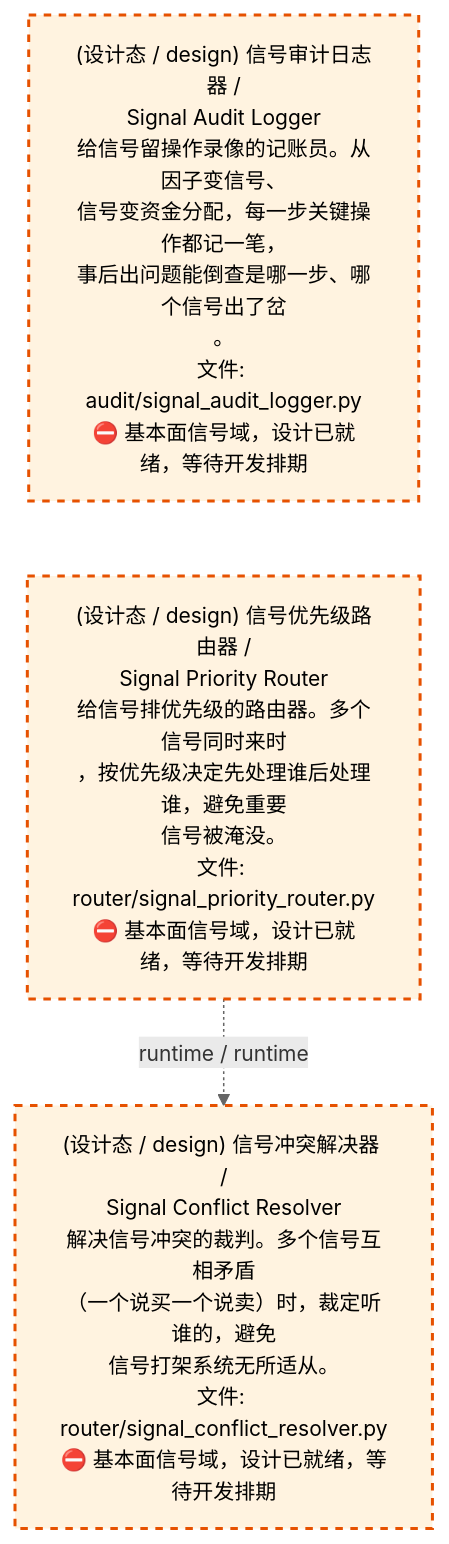
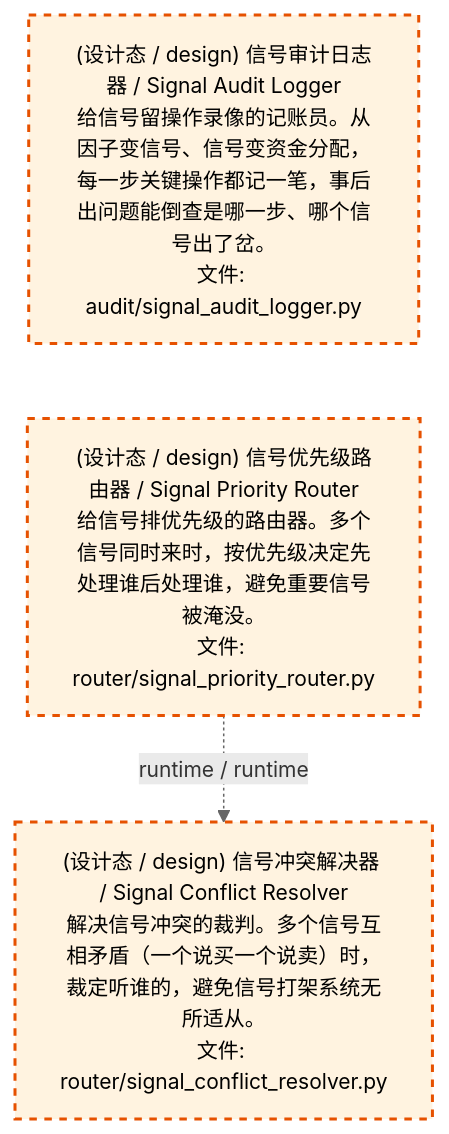
Before and after one commit to xuanFelixVan/ZephyrAlpha: the third of 4 diagrams in docs/02_enterprise_architecture/02_domain_architecture_docs/48_d_fundamental_signal.md, drawn with Mermaid. The commit also changed other lines of this file and 71 other files, not shown here.

````diff
--- a/docs/02_enterprise_architecture/02_domain_architecture_docs/48_d_fundamental_signal.md
+++ b/docs/02_enterprise_architecture/02_domain_architecture_docs/48_d_fundamental_signal.md
@@ -160,14 +160,14 @@
 ```mermaid
 %%{init: {'theme': 'base', 'themeVariables': {'primaryColor': '#eaeaea', 'primaryTextColor': '#333333', 'primaryBorderColor': '#666666', 'lineColor': '#666666', 'secondaryColor': '#eaeaea', 'tertiaryColor': '#eaeaea', 'fontSize': '14px'}}}%%
 flowchart TD
-    src_zephyr_signal_fundamental_audit_signal_audit_logger_py["(设计态 / design) 信号审计日志器 /<br/>Signal Audit Logger<br/>给信号留操作录像的记账员。从因子变信号、<br/>信号变资金分配，每一步关键操作都记一笔，<br/>事后出问题能倒查是哪一步、哪个信号出了岔<br/>。<br/>文件: audit/signal_audit_logger.py<br/>⛔ 基本面信号域，设计已就绪，等待开发排期"]
-    src_zephyr_signal_fundamental_router_signal_priority_router_py["(设计态 / design) 信号优先级路由器 /<br/>Signal Priority Router<br/>给信号排优先级的路由器。多个信号同时来时<br/>，按优先级决定先处理谁后处理谁，避免重要<br/>信号被淹没。<br/>文件: router/signal_priority_router.py<br/>⛔ 基本面信号域，设计已就绪，等待开发排期"]
+    src_zephyr_signal_fundamental_audit_signal_audit_logger_py["(设计态 / design) 信号审计日志器 / Signal Audit Logger<br/>给信号留操作录像的记账员。从因子变信号、信号变资金分配，每一步关键操作都记一笔，事后出问题能倒查是哪一步、哪个信号出了岔。<br/>文件: audit/signal_audit_logger.py"]
+    src_zephyr_signal_fundamental_router_signal_priority_router_py["(设计态 / design) 信号优先级路由器 / Signal Priority Router<br/>给信号排优先级的路由器。多个信号同时来时，按优先级决定先处理谁后处理谁，避免重要信号被淹没。<br/>文件: router/signal_priority_router.py"]
     src_zephyr_signal_fundamental_audit_signal_audit_logger_py ~~~ src_zephyr_signal_fundamental_router_signal_priority_router_py
-    src_zephyr_signal_fundamental_router_signal_conflict_resolver_py["(设计态 / design) 信号冲突解决器 /<br/>Signal Conflict Resolver<br/>解决信号冲突的裁判。多个信号互相矛盾<br/>（一个说买一个说卖）时，裁定听谁的，避免<br/>信号打架系统无所适从。<br/>文件: router/signal_conflict_resolver.py<br/>⛔ 基本面信号域，设计已就绪，等待开发排期"]
+    src_zephyr_signal_fundamental_router_signal_conflict_resolver_py["(设计态 / design) 信号冲突解决器 / Signal Conflict Resolver<br/>解决信号冲突的裁判。多个信号互相矛盾（一个说买一个说卖）时，裁定听谁的，避免信号打架系统无所适从。<br/>文件: router/signal_conflict_resolver.py"]
     src_zephyr_signal_fundamental_router_signal_priority_router_py -.->|runtime / runtime| src_zephyr_signal_fundamental_router_signal_conflict_resolver_py
     classDef production fill:#e1f5fe,stroke:#01579b,stroke-width:2px,color:#000
     classDef design fill:#fff3e0,stroke:#e65100,stroke-width:2px,color:#000,stroke-dasharray: 5 5
     classDef external_prod fill:#e8f4fd,stroke:#0277bd,stroke-width:1px,color:#000
     classDef external_design fill:#fff8e7,stroke:#ef6c00,stroke-width:1px,color:#000,stroke-dasharray: 5 5
     class src_zephyr_signal_fundamental_audit_signal_audit_logger_py,src_zephyr_signal_fundamental_router_signal_conflict_resolver_py,src_zephyr_signal_fundamental_router_signal_priority_router_py design
 ```
````
